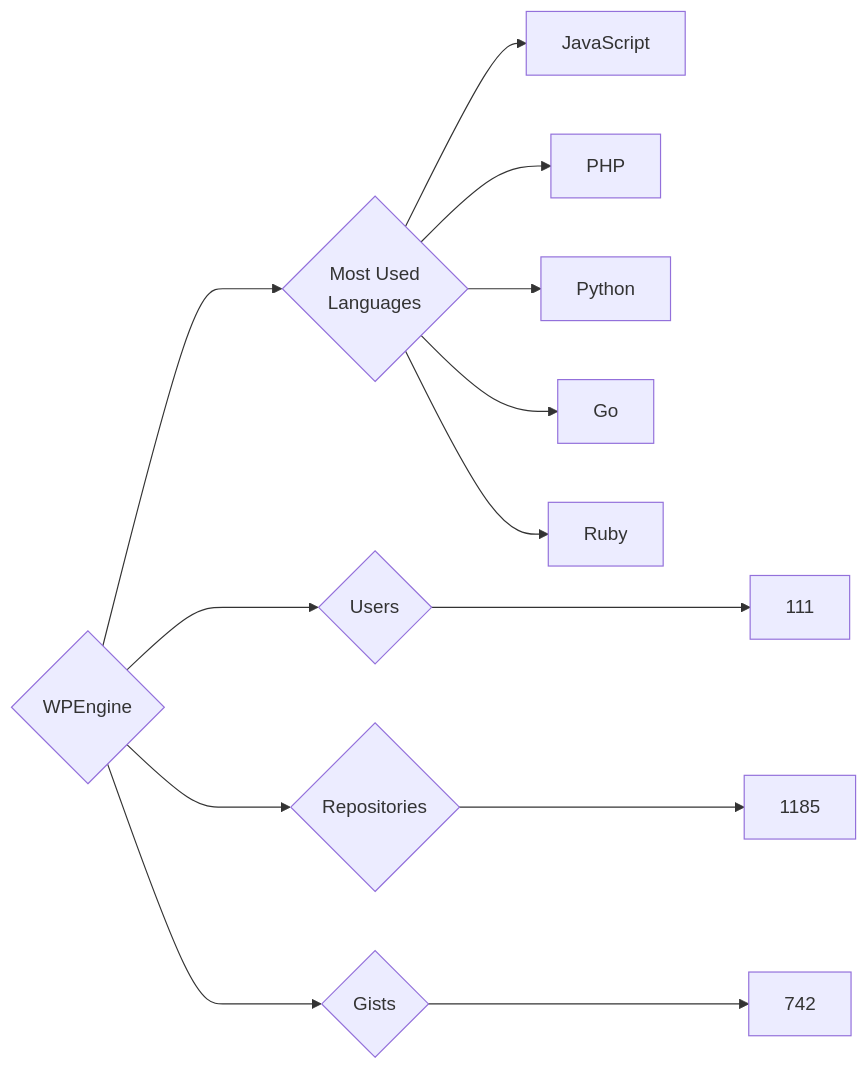
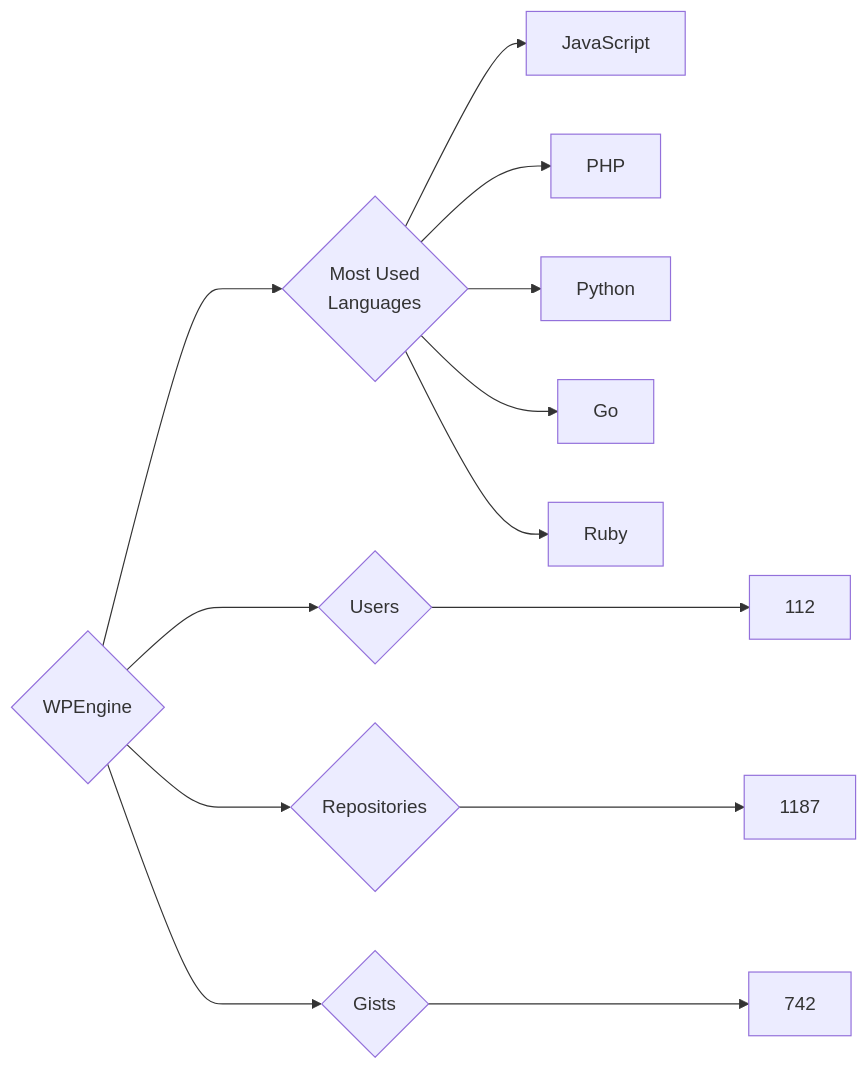
The diagram in targets/WPEngine/README.md (trickest/insiders), drawn with Mermaid before and after one commit. The commit also changed 773 other files, not shown here.

````diff
--- a/targets/WPEngine/README.md
+++ b/targets/WPEngine/README.md
@@ -3,13 +3,13 @@
 ```mermaid
 graph LR
 COMPANY_NAME{WPEngine}
-COMPANY_NAME ---> U{Users} ---> UN[111]
-COMPANY_NAME ---> R{Repositories} ---> RN[1185]
+COMPANY_NAME ---> U{Users} ---> UN[112]
+COMPANY_NAME ---> R{Repositories} ---> RN[1187]
 COMPANY_NAME ---> G{Gists} ---> GN[742]
 COMPANY_NAME ---> ML{Most Used<br>Languages}
 ML --> JavaScript[JavaScript]
 ML --> PHP[PHP]
 ML --> Python[Python]
 ML --> Go[Go]
 ML --> Ruby[Ruby]
 ```
````
